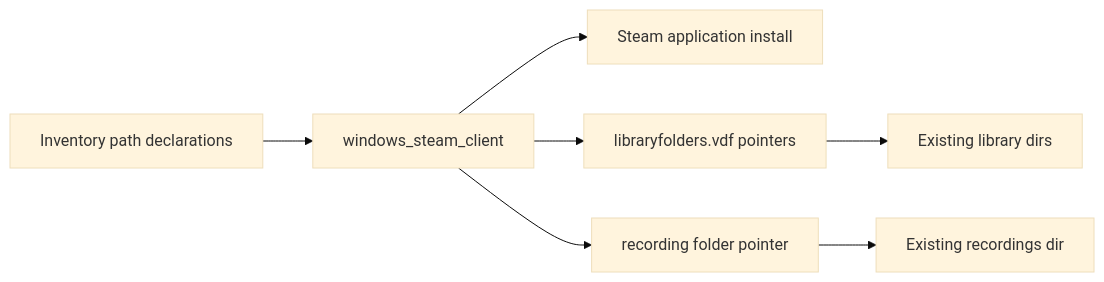
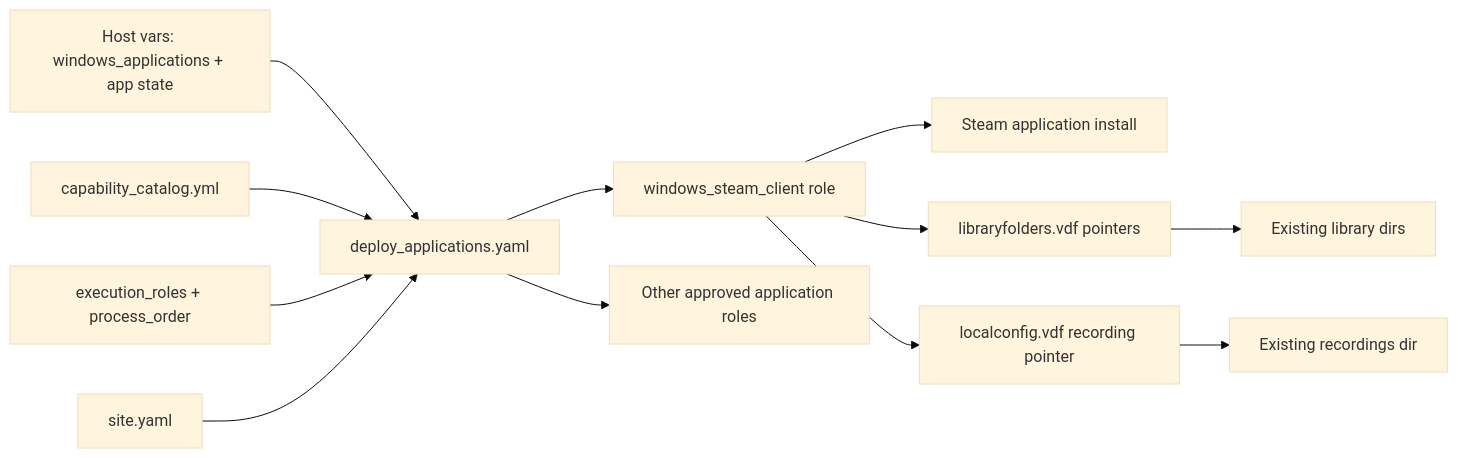
One commit to doesitscript/dotfile-vnext changed the first of 2 diagrams in docs/plans/2026-09-23--windows-steam-client-library-recovery/README.md. Above: the diagram before and after it, drawn with Mermaid (base theme). The commit also changed other lines of this file and 20 other files, not shown here.

First line of the commit message:
feat(windows): add inventory-driven application orchestrator

````diff
--- a/docs/plans/2026-09-23--windows-steam-client-library-recovery/README.md
+++ b/docs/plans/2026-09-23--windows-steam-client-library-recovery/README.md
@@ -110,9 +188,14 @@
 ```mermaid
 flowchart LR
-  Inv[Inventory path declarations] --> Role[windows_steam_client]
-  Role --> App[Steam application install]
-  Role --> LibPtr[libraryfolders.vdf pointers]
-  Role --> RecPtr[recording folder pointer]
+  Host[Host vars: windows_applications + app state] --> Orchestrator[deploy_applications.yaml]
+  Catalog[capability_catalog.yml] --> Orchestrator
+  Policy[execution_roles + process_order] --> Orchestrator
+  Orchestrator --> SteamRole[windows_steam_client role]
+  Orchestrator --> OtherRoles[Other approved application roles]
+  SteamRole --> App[Steam application install]
+  SteamRole --> LibPtr[libraryfolders.vdf pointers]
+  SteamRole --> RecPtr[localconfig.vdf recording pointer]
   LibPtr --> ExistingLibs[Existing library dirs]
   RecPtr --> ExistingRec[Existing recordings dir]
+  Site[site.yaml] --> Orchestrator
 ```
````
